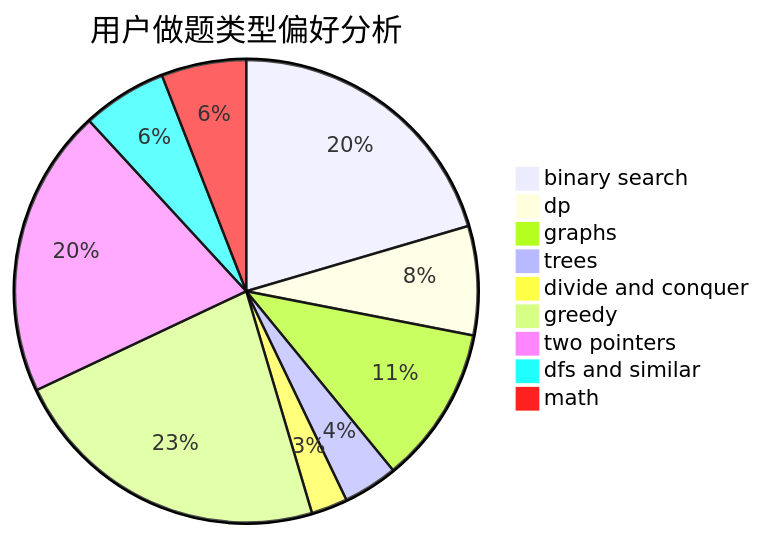
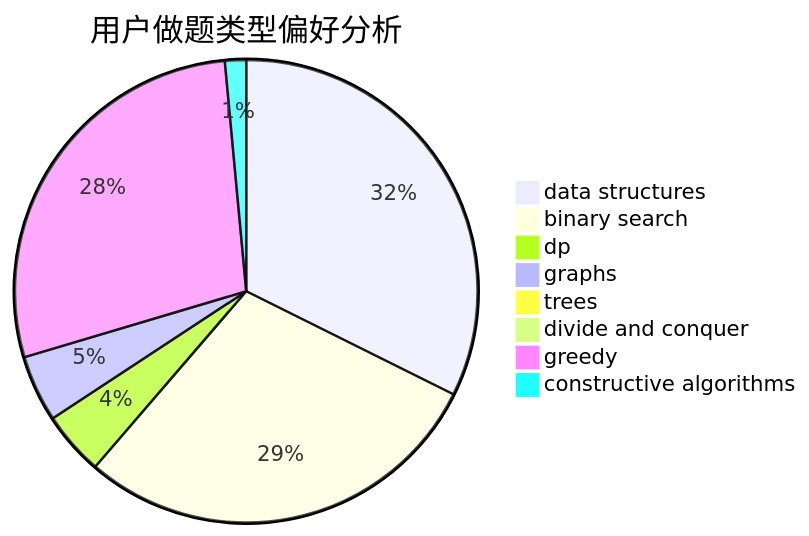
One commit to sherpahu/cfrs.github.io changed the second of 3 diagrams in docs/user/u1282.md. Above: the diagram before and after it, drawn with Mermaid. The commit also changed other lines of this file and 2775 other files, not shown here.

````diff
--- a/docs/user/u1282.md
+++ b/docs/user/u1282.md
@@ -23,12 +23,11 @@
 ```mermaid
 pie title 用户做题类型偏好分析
-    "binary search" :  145
-    "dp" :  54
-    "graphs" :  78
-    "trees" :  27
-    "divide and conquer" :  18
-    "greedy" :  160
-    "two pointers" :  143
-    "dfs and similar" :  42
-    "math" :  42
+    "data structures" :  153
+    "binary search" :  137
+    "dp" :  21
+    "graphs" :  22
+    "trees" :  4
+    "divide and conquer" :  0
+    "greedy" :  133
+    "constructive algorithms" :  7
 ```
````
